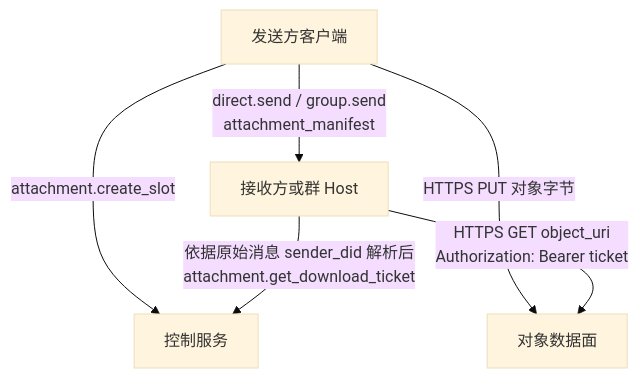
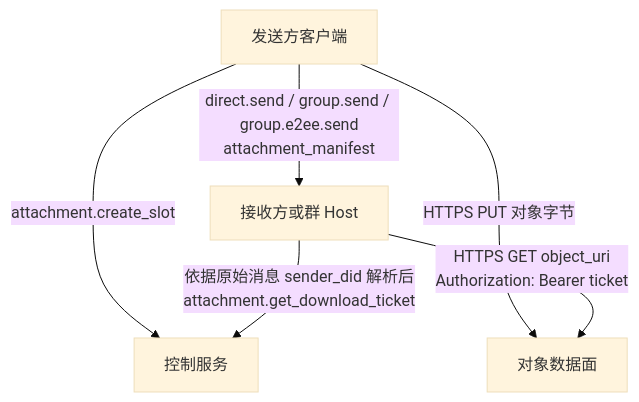
One commit to NeatNerdPrime/AgentNetworkProtocol changed the second of 8 diagrams in chinese/message/vnext/07-附件与对象传输.md. Above: the diagram before and after it, drawn with Mermaid (base theme). The commit also changed other lines of this file and 31 other files, not shown here.

````diff
--- a/chinese/message/vnext/07-附件与对象传输.md
+++ b/chinese/message/vnext/07-附件与对象传输.md
@@ -208,8 +219,8 @@
 ```mermaid
 flowchart TD
     A[发送方客户端] -->|attachment.create_slot| S[控制服务]
     A -->|HTTPS PUT 对象字节| O[对象数据面]
-    A -->|direct.send / group.send\nattachment_manifest| M[接收方或群 Host]
+    A -->|direct.send / group.send / group.e2ee.send\nattachment_manifest| M[接收方或群 Host]
     M -->|依据原始消息 sender_did 解析后\nattachment.get_download_ticket| S
     M -->|HTTPS GET object_uri\nAuthorization: Bearer ticket| O
 ```
````
